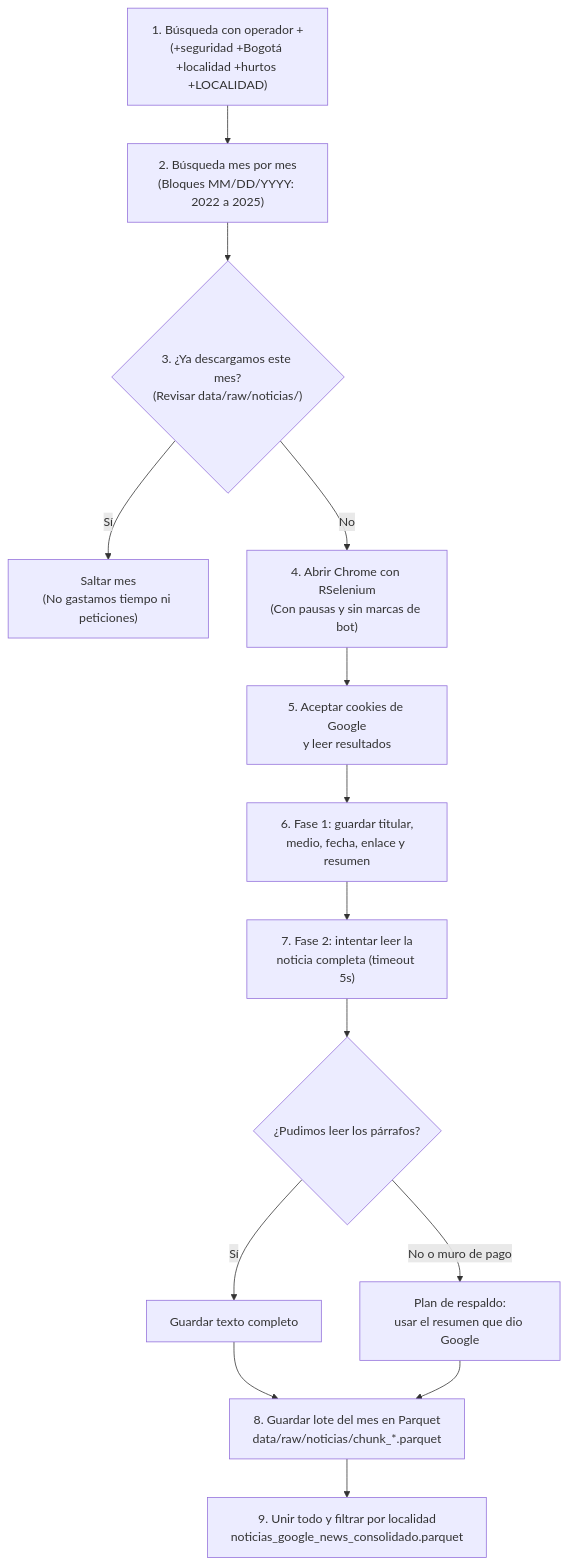
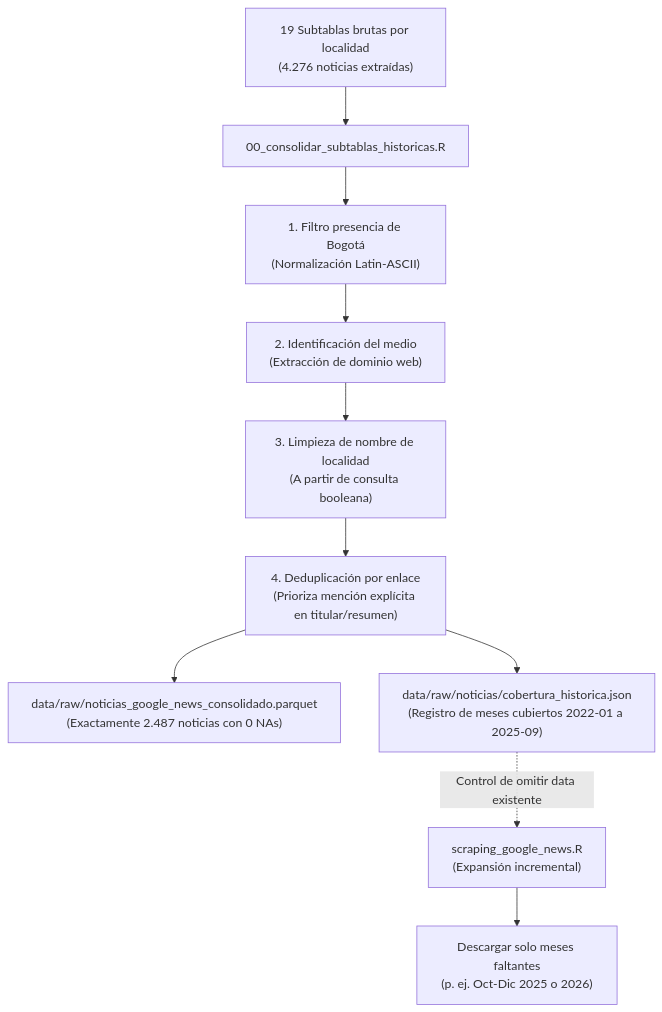
Before and after one commit to juanjo-edm/Repo_Entrega_Final_Taller_R: the diagram in scripts/01_ingesta/02_scraping_noticias/README.md, drawn with Mermaid. The commit also changed other lines of this file and 48 other files, not shown here.

Commit message:
feat: plan de trabajo horizontal, migracion de 19 subtablas de noticias y scraping incremental

````diff
--- a/scripts/01_ingesta/02_scraping_noticias/README.md
+++ b/scripts/01_ingesta/02_scraping_noticias/README.md
@@ -17,15 +33,13 @@
 ```mermaid
 flowchart TD
-    A["1. Búsqueda con operador +<br/>(+seguridad +Bogotá +localidad +hurtos +LOCALIDAD)"] --> B["2. Búsqueda mes por mes<br/>(Bloques MM/DD/YYYY: 2022 a 2025)"]
-    B --> C{"3. ¿Ya descargamos este mes?<br/>(Revisar data/raw/noticias/)"}
-    C -- Sí --> D["Saltar mes<br/>(No gastamos tiempo ni peticiones)"]
-    C -- No --> E["4. Abrir Chrome con RSelenium<br/>(Con pausas y sin marcas de bot)"]
-    E --> F["5. Aceptar cookies de Google<br/>y leer resultados"]
-    F --> G["6. Fase 1: guardar titular,<br/>medio, fecha, enlace y resumen"]
-    G --> H["7. Fase 2: intentar leer la<br/>noticia completa (timeout 5s)"]
-    H --> I{"¿Pudimos leer los párrafos?"}
-    I -- Sí --> J["Guardar texto completo"]
-    I -- No o muro de pago --> K["Plan de respaldo:<br/>usar el resumen que dio Google"]
-    J & K --> L["8. Guardar lote del mes en Parquet<br/>data/raw/noticias/chunk_*.parquet"]
-    L --> M["9. Unir todo y filtrar por localidad<br/>noticias_google_news_consolidado.parquet"]
+    A["19 Subtablas brutas por localidad<br/>(4.276 noticias extraídas)"] --> B["00_consolidar_subtablas_historicas.R"]
+    B --> C["1. Filtro presencia de Bogotá<br/>(Normalización Latin-ASCII)"]
+    C --> D["2. Identificación del medio<br/>(Extracción de dominio web)"]
+    D --> E["3. Limpieza de nombre de localidad<br/>(A partir de consulta booleana)"]
+    E --> F["4. Deduplicación por enlace<br/>(Prioriza mención explícita en titular/resumen)"]
+    F --> G["data/raw/noticias_google_news_consolidado.parquet<br/>(Exactamente 2.487 noticias con 0 NAs)"]
+    F --> H["data/raw/noticias/cobertura_historica.json<br/>(Registro de meses cubiertos 2022-01 a 2025-09)"]
+    
+    H -. Control de omitir data existente .-> I["scraping_google_news.R<br/>(Expansión incremental)"]
+    I --> J["Descargar solo meses faltantes<br/>(p. ej. Oct-Dic 2025 o 2026)"]
 ```
````
